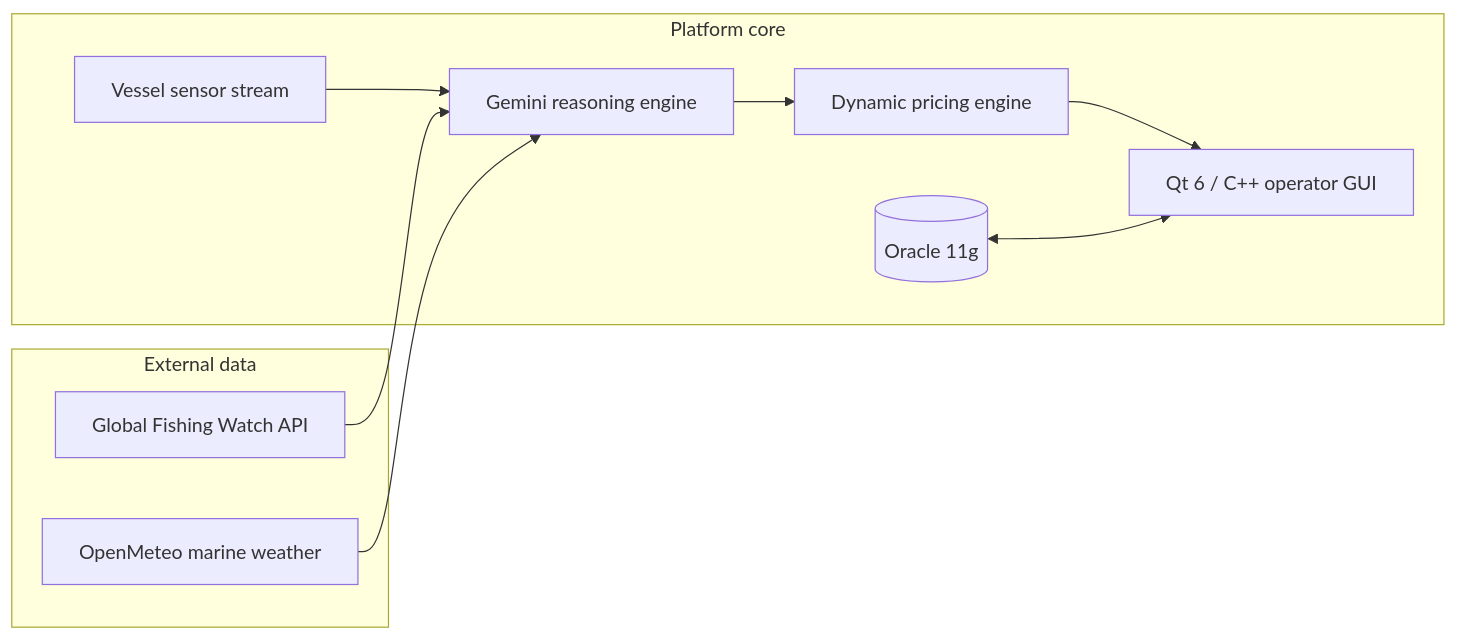
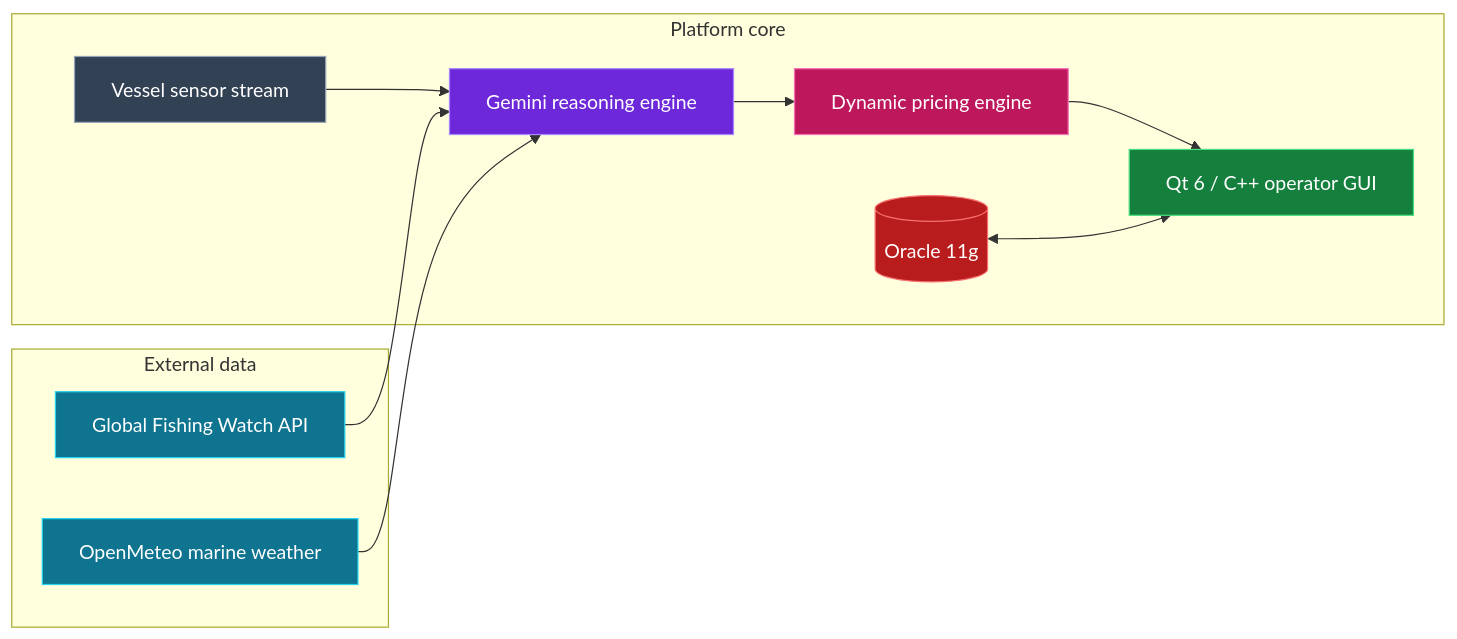
Before and after one commit to emna-benothman/emna-benothman: the diagram in README.md, drawn with Mermaid. The commit also changed other lines of this file and 1 other file, not shown here.

````diff
--- a/README.md
+++ b/README.md
@@ -45,15 +45,22 @@
 ```mermaid
 flowchart LR
     subgraph ext [External data]
         A[Global Fishing Watch API]
         B[OpenMeteo marine weather]
     end
     subgraph core [Platform core]
         C[Vessel sensor stream] --> D[Gemini reasoning engine]
         A --> D
         B --> D
         D --> E[Dynamic pricing engine]
         E --> F[Qt 6 / C++ operator GUI]
         G[(Oracle 11g)] <--> F
     end
+    style A fill:#0e7490,stroke:#22d3ee,color:#fff
+    style B fill:#0e7490,stroke:#22d3ee,color:#fff
+    style C fill:#334155,stroke:#94a3b8,color:#fff
+    style D fill:#6d28d9,stroke:#a78bfa,color:#fff
+    style E fill:#be185d,stroke:#f472b6,color:#fff
+    style F fill:#15803d,stroke:#4ade80,color:#fff
+    style G fill:#b91c1c,stroke:#f87171,color:#fff
 ```
````
